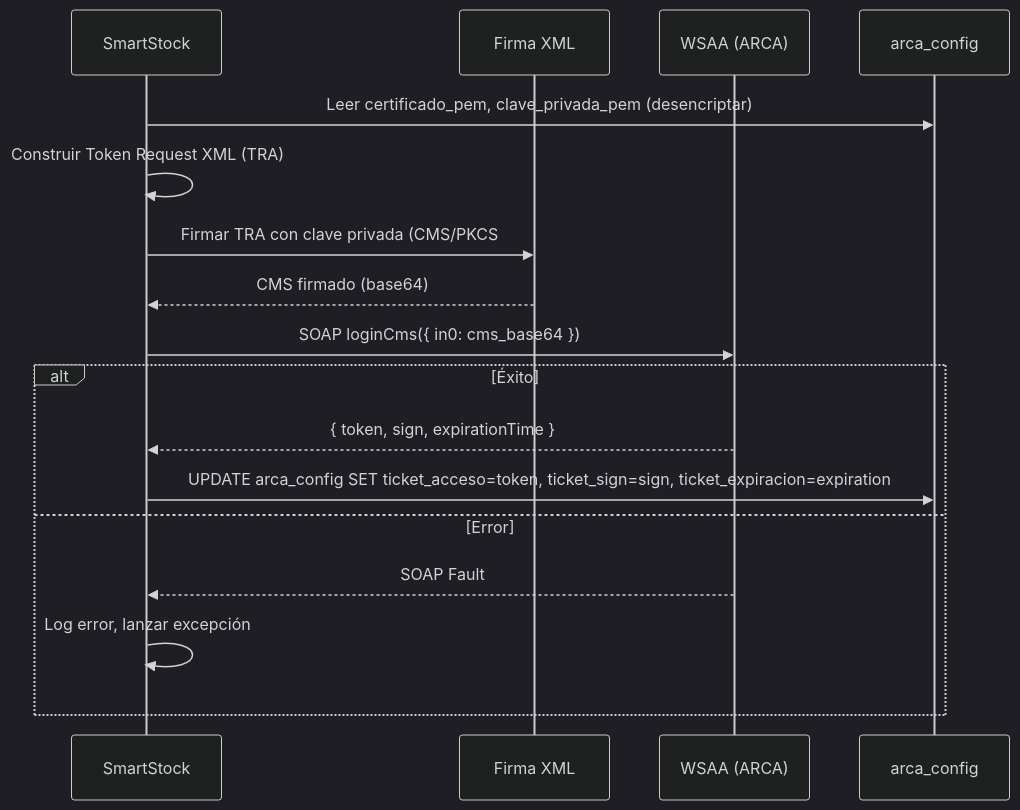
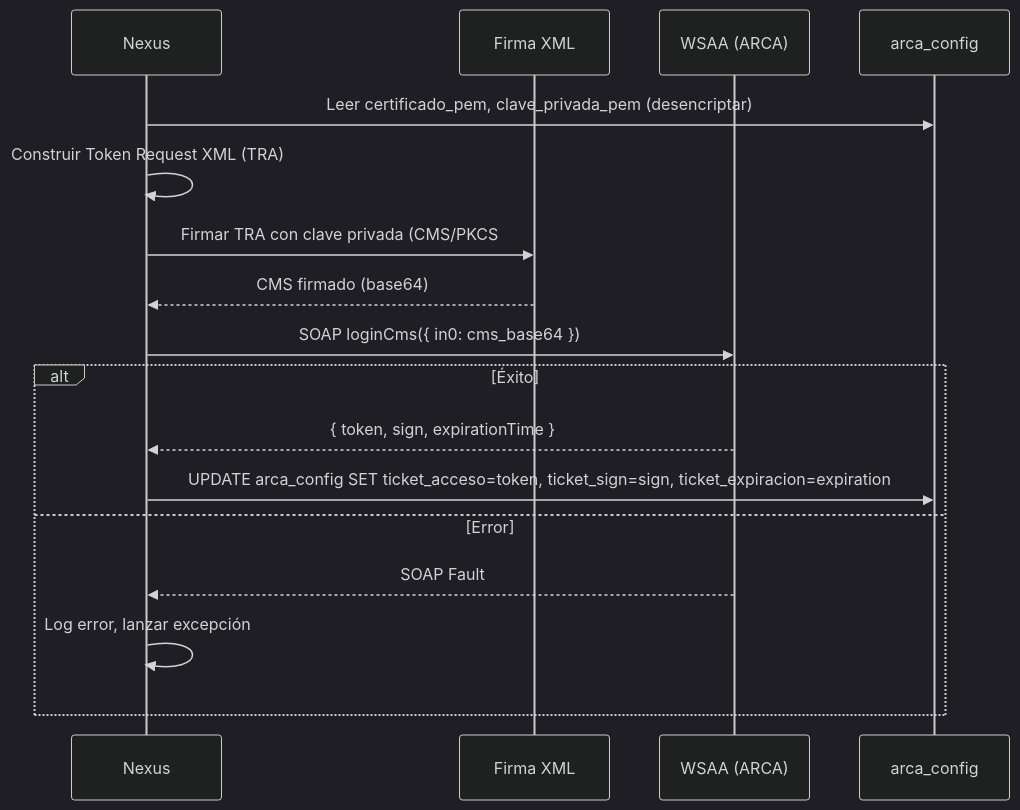
Before and after one commit to FedericoV21/smartstock: the first of 4 diagrams in docs/arca.md, drawn with Mermaid (dark theme). The commit also changed other lines of this file and 24 other files, not shown here.

````diff
--- a/docs/arca.md
+++ b/docs/arca.md
@@ -52,20 +52,20 @@
 ```mermaid
 sequenceDiagram
-    participant App as SmartStock
+    participant App as Nexus
     participant Crypto as Firma XML
     participant WSAA as WSAA (ARCA)
     participant DB as arca_config
 
     App->>DB: Leer certificado_pem, clave_privada_pem (desencriptar)
     App->>App: Construir Token Request XML (TRA)
     App->>Crypto: Firmar TRA con clave privada (CMS/PKCS#7)
     Crypto-->>App: CMS firmado (base64)
     App->>WSAA: SOAP loginCms({ in0: cms_base64 })
     alt Éxito
         WSAA-->>App: { token, sign, expirationTime }
         App->>DB: UPDATE arca_config SET ticket_acceso=token, ticket_sign=sign, ticket_expiracion=expiration
     else Error
         WSAA-->>App: SOAP Fault
         App->>App: Log error, lanzar excepción
     end
 ```
````
